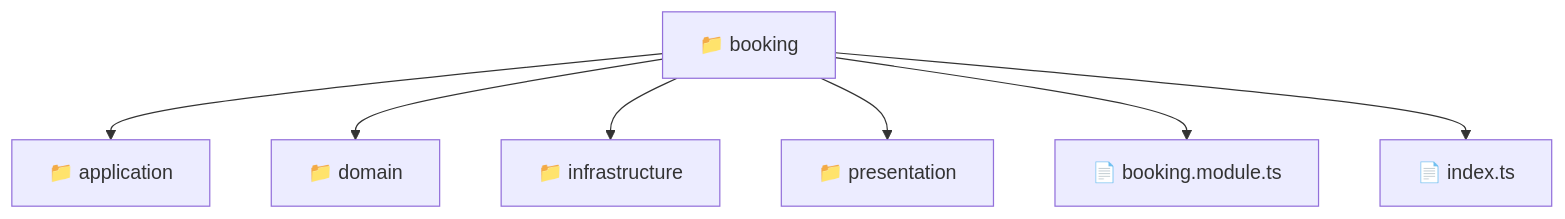
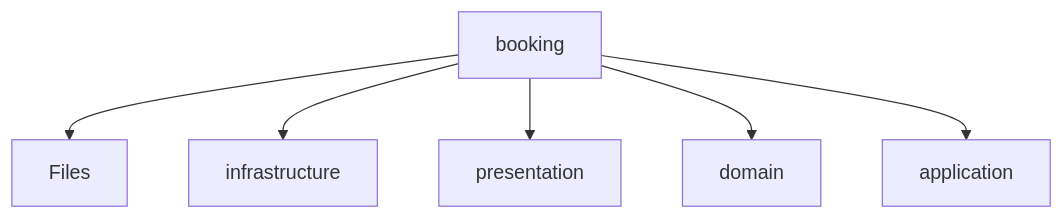
One commit to beginwebdev2002/fullstack-mavluda changed the diagram in backend/src/modules/booking/README.md. Above: the diagram before and after it, drawn with Mermaid. The commit also changed other lines of this file and 163 other files, not shown here.

First line of the commit message:
feat: autogenerate localized directory readmes for architectural transparency

````diff
--- a/backend/src/modules/booking/README.md
+++ b/backend/src/modules/booking/README.md
@@ -9,10 +10,8 @@
 ```mermaid
 graph TD
-  Root["📁 booking"]
-  Root --> application["📁 application"]
-  Root --> domain["📁 domain"]
-  Root --> infrastructure["📁 infrastructure"]
-  Root --> presentation["📁 presentation"]
-  Root --> booking_module_ts["📄 booking.module.ts"]
-  Root --> index_ts["📄 index.ts"]
+    booking[booking] --> Files
+    booking --> infrastructure[infrastructure]
+    booking --> presentation[presentation]
+    booking --> domain[domain]
+    booking --> application[application]
 ```
````
